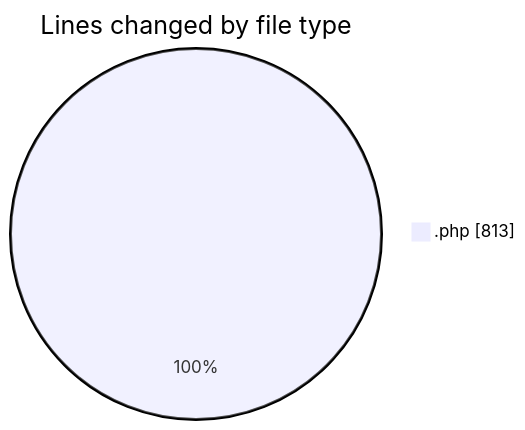
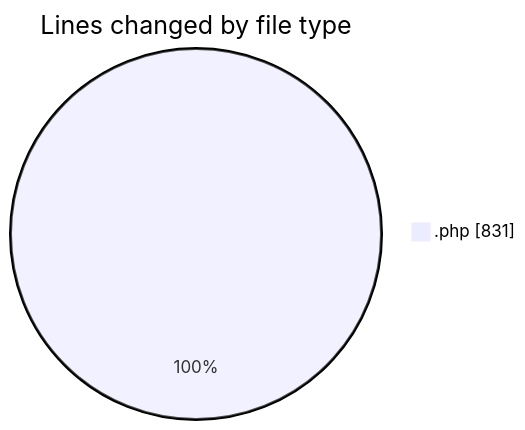
One commit to LanceThiago/code-tracking changed the first of 2 diagrams in 2026-08-27/oficina/README.md. Above: the diagram before and after it, drawn with Mermaid. The commit also changed other lines of this file and 1 other file, not shown here.

````diff
--- a/2026-08-27/oficina/README.md
+++ b/2026-08-27/oficina/README.md
@@ -21,5 +21,5 @@
 ```mermaid
 pie showData
 title Lines changed by file type
-".php" : 813
+".php" : 831
 ```
````
